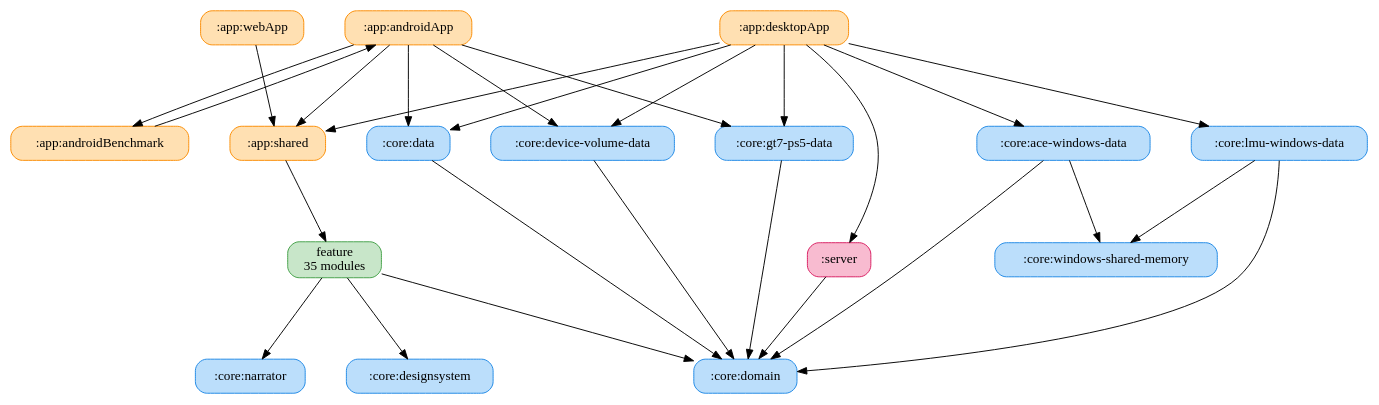
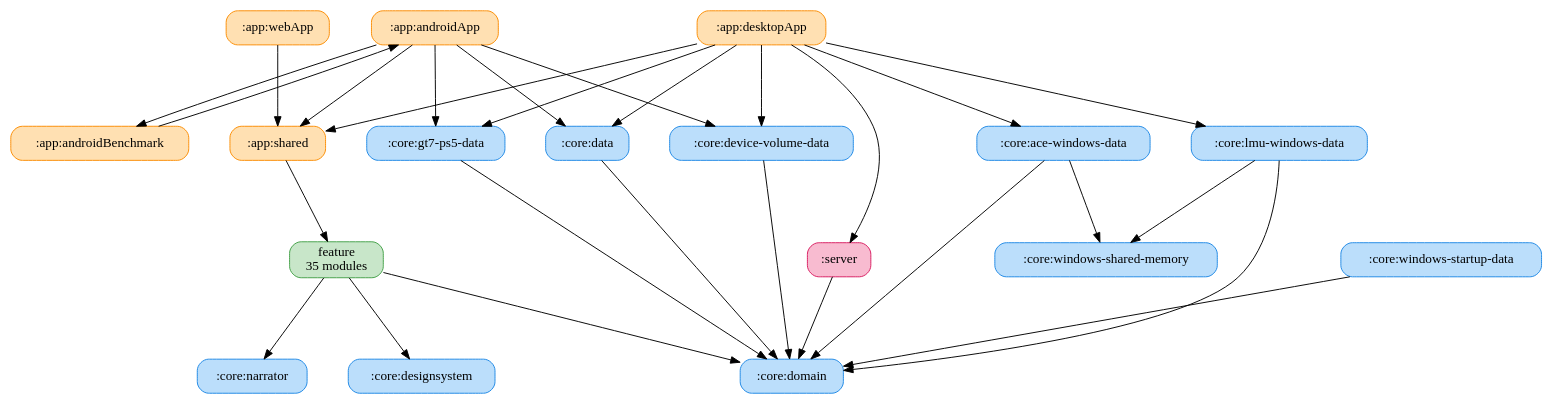
One commit to ai-kurou/KoDriver changed the diagram in docs/graphs/full-graph.gv. Above: the diagram before and after it, drawn with Graphviz. The commit also changed 16 other files, not shown here.

First line of the commit message:
OS起動時のKoDriver自動起動用にcore:windows-startup-dataモジュールを追加する (#1127)

```diff
--- a/docs/graphs/full-graph.gv
+++ b/docs/graphs/full-graph.gv
@@ -1,47 +1,49 @@
 digraph G {
   rankdir=TB
   graph [ranksep=1.2, nodesep=0.6]
   node [shape=box, style="rounded,filled"]
   ":app:androidApp" [label=":app:androidApp", fillcolor="#FFE0B2", color="#FB8C00"]
   ":app:androidBenchmark" [label=":app:androidBenchmark", fillcolor="#FFE0B2", color="#FB8C00"]
   ":app:desktopApp" [label=":app:desktopApp", fillcolor="#FFE0B2", color="#FB8C00"]
   ":app:shared" [label=":app:shared", fillcolor="#FFE0B2", color="#FB8C00"]
   ":app:webApp" [label=":app:webApp", fillcolor="#FFE0B2", color="#FB8C00"]
   ":core:ace-windows-data" [label=":core:ace-windows-data", fillcolor="#BBDEFB", color="#1E88E5"]
   ":core:data" [label=":core:data", fillcolor="#BBDEFB", color="#1E88E5"]
   ":core:designsystem" [label=":core:designsystem", fillcolor="#BBDEFB", color="#1E88E5"]
   ":core:device-volume-data" [label=":core:device-volume-data", fillcolor="#BBDEFB", color="#1E88E5"]
   ":core:domain" [label=":core:domain", fillcolor="#BBDEFB", color="#1E88E5"]
   ":core:gt7-ps5-data" [label=":core:gt7-ps5-data", fillcolor="#BBDEFB", color="#1E88E5"]
   ":core:lmu-windows-data" [label=":core:lmu-windows-data", fillcolor="#BBDEFB", color="#1E88E5"]
   ":core:narrator" [label=":core:narrator", fillcolor="#BBDEFB", color="#1E88E5"]
   ":core:windows-shared-memory" [label=":core:windows-shared-memory", fillcolor="#BBDEFB", color="#1E88E5"]
+  ":core:windows-startup-data" [label=":core:windows-startup-data", fillcolor="#BBDEFB", color="#1E88E5"]
   ":server" [label=":server", fillcolor="#F8BBD0", color="#D81B60"]
   "feature" [label="feature\n35 modules", fillcolor="#C8E6C9", color="#43A047"]
   ":app:androidApp" -> ":app:androidBenchmark"
   ":app:androidApp" -> ":app:shared"
   ":app:androidApp" -> ":core:data"
   ":app:androidApp" -> ":core:device-volume-data"
   ":app:androidApp" -> ":core:gt7-ps5-data"
   ":app:androidBenchmark" -> ":app:androidApp"
   ":app:desktopApp" -> ":app:shared"
   ":app:desktopApp" -> ":core:ace-windows-data"
   ":app:desktopApp" -> ":core:data"
   ":app:desktopApp" -> ":core:device-volume-data"
   ":app:desktopApp" -> ":core:gt7-ps5-data"
   ":app:desktopApp" -> ":core:lmu-windows-data"
   ":app:desktopApp" -> ":server"
   ":app:shared" -> "feature"
   ":app:webApp" -> ":app:shared"
   ":core:ace-windows-data" -> ":core:domain"
   ":core:ace-windows-data" -> ":core:windows-shared-memory"
   ":core:data" -> ":core:domain"
   ":core:device-volume-data" -> ":core:domain"
   ":core:gt7-ps5-data" -> ":core:domain"
   ":core:lmu-windows-data" -> ":core:domain"
   ":core:lmu-windows-data" -> ":core:windows-shared-memory"
+  ":core:windows-startup-data" -> ":core:domain"
   ":server" -> ":core:domain"
   "feature" -> ":core:designsystem"
   "feature" -> ":core:domain"
   "feature" -> ":core:narrator"
 }
```
